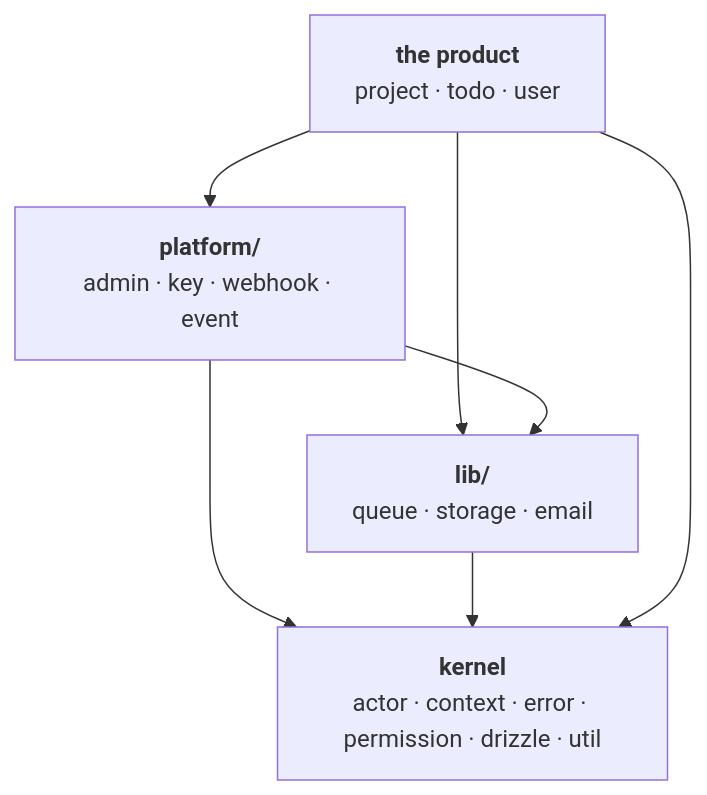
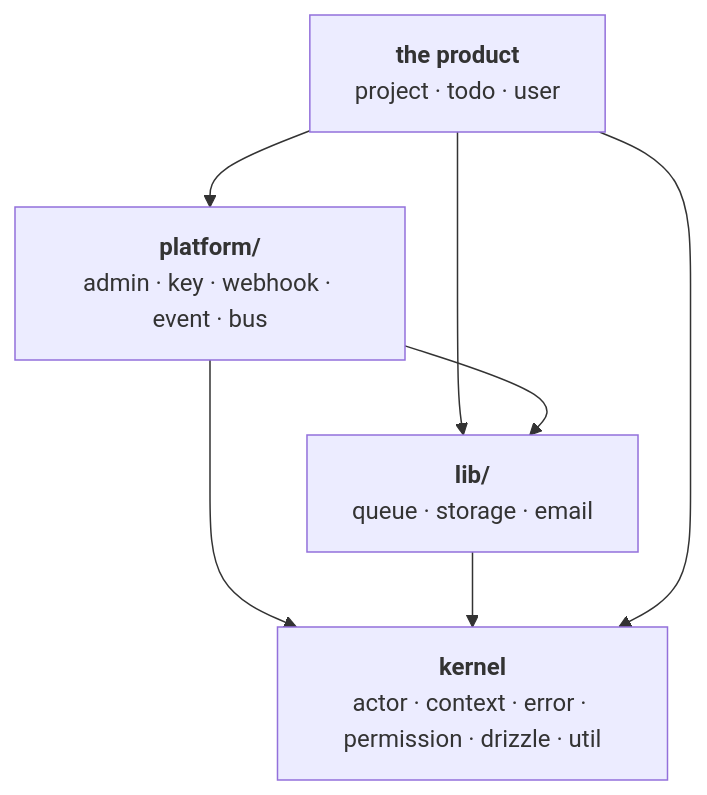
Before and after one commit to andre-brandao/template: the diagram in docs/core.md, drawn with Mermaid. The commit also changed other lines of this file and 14 other files, not shown here.

Commit message:
feat: event bus

````diff
--- a/docs/core.md
+++ b/docs/core.md
@@ -6,14 +6,14 @@
 ```mermaid
 graph TD
   domain["<b>the product</b><br/>project · todo · user"]
-  platform["<b>platform/</b><br/>admin · key · webhook · event"]
+  platform["<b>platform/</b><br/>admin · key · webhook · event · bus"]
   lib["<b>lib/</b><br/>queue · storage · email"]
   kernel["<b>kernel</b><br/>actor · context · error · permission · drizzle · util"]
 
   domain --> platform
   domain --> lib
   platform --> lib
   platform --> kernel
   lib --> kernel
   domain --> kernel
 ```
````
